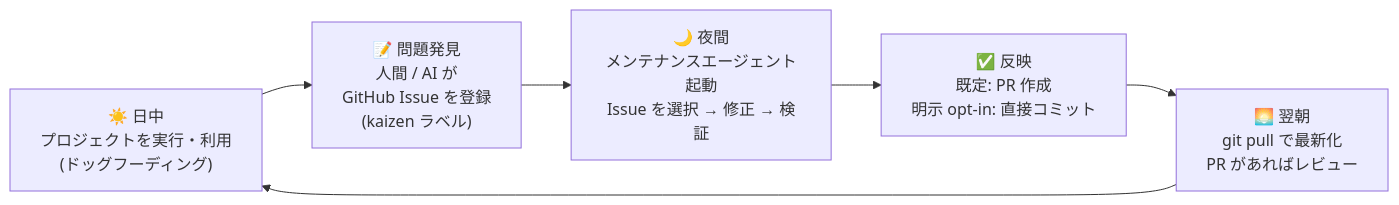
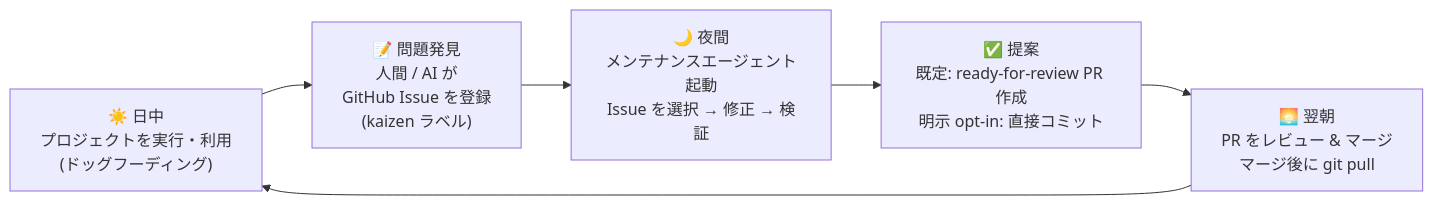
The first of 2 diagrams in docs/00-overview.md (kaizen-agents-org/kaizen-loop), drawn with Mermaid before and after one commit. The commit also changed other lines of this file and 5 other files, not shown here.

````diff
--- a/docs/00-overview.md
+++ b/docs/00-overview.md
@@ -13,8 +13,8 @@
 ```mermaid
 flowchart LR
     A["☀️ 日中<br/>プロジェクトを実行・利用<br/>(ドッグフーディング)"] --> B["📝 問題発見<br/>人間 / AI が<br/>GitHub Issue を登録<br/>(kaizen ラベル)"]
     B --> C["🌙 夜間<br/>メンテナンスエージェント起動<br/>Issue を選択 → 修正 → 検証"]
-    C --> D["✅ 反映<br/>既定: PR 作成<br/>明示 opt-in: 直接コミット"]
-    D --> E["🌅 翌朝<br/>git pull で最新化<br/>PR があればレビュー"]
+    C --> D["✅ 提案<br/>既定: ready-for-review PR 作成<br/>明示 opt-in: 直接コミット"]
+    D --> E["🌅 翌朝<br/>PR をレビュー & マージ<br/>マージ後に git pull"]
     E --> A
 ```
````
